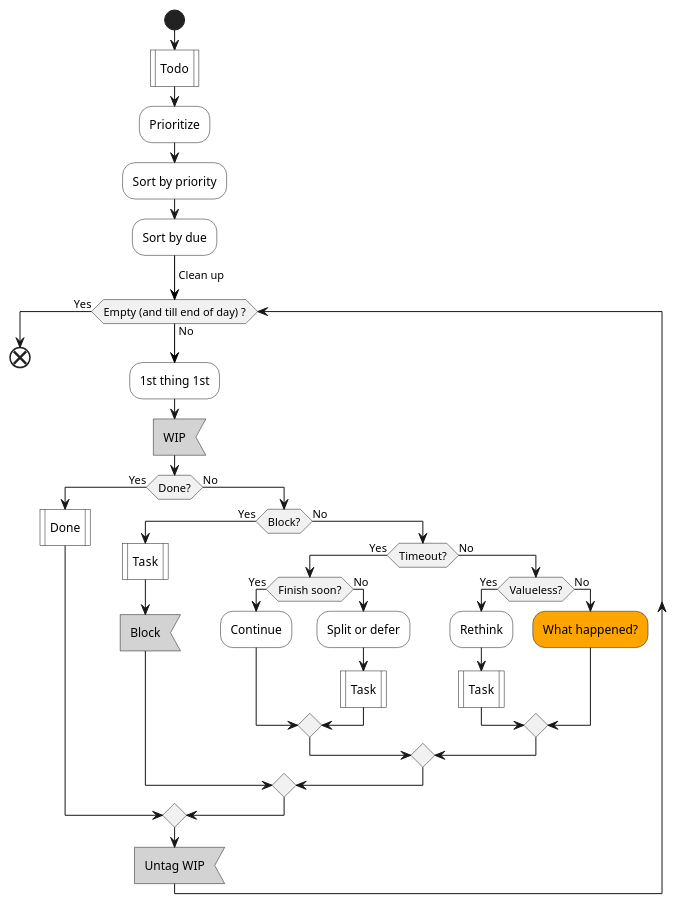
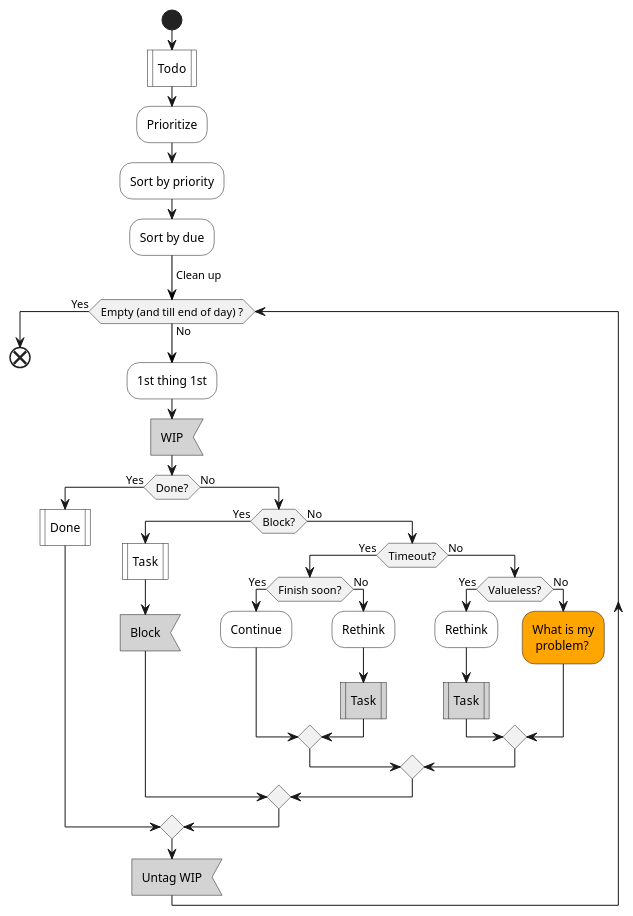
One commit to IceHe/icehe-lib changed the third of 4 diagrams in lifelogs/rehabilitation.md. Above: the diagram before and after it, drawn with PlantUML. The commit also changed other lines of this file, not shown here.

````diff
--- a/lifelogs/rehabilitation.md
+++ b/lifelogs/rehabilitation.md
@@ -299,40 +299,40 @@
 ```plantuml
 @startuml
 start
 #white:Todo|
 #white:Prioritize;
 #white:Sort by priority;
 #white:Sort by due;
 -[#black]-> Clean up;
 while (Empty (and till end of day) ?) is (No)
     #white:1st thing 1st;
     #lightGray:WIP<
     if (Done?) then (Yes)
         #white:Done|
     else (No)
         if (Block?) then (Yes)
             #white:Task|
             #lightGray:Block<
         else (No)
             if (Timeout?) then (Yes)
                 if (Finish soon?) then (Yes)
                     #white:Continue;
                 else (No)
-                #white:Split or defer;
-                #white:Task|
+                #white:Rethink;
+                #lightGray:Task|
                 endif
             else (No)
                 if (Valueless?) then (Yes)
                     #white:Rethink;
-                    #white:Task|
+                    #lightGray:Task|
                 else (No)
-                    #orange:What happened?;
+                    #orange:What is my\n problem?;
                 endif
             endif
         endif
     endif
     #lightGray:Untag WIP<
 endwhile (Yes)
 end
 @enduml
 ```
````
